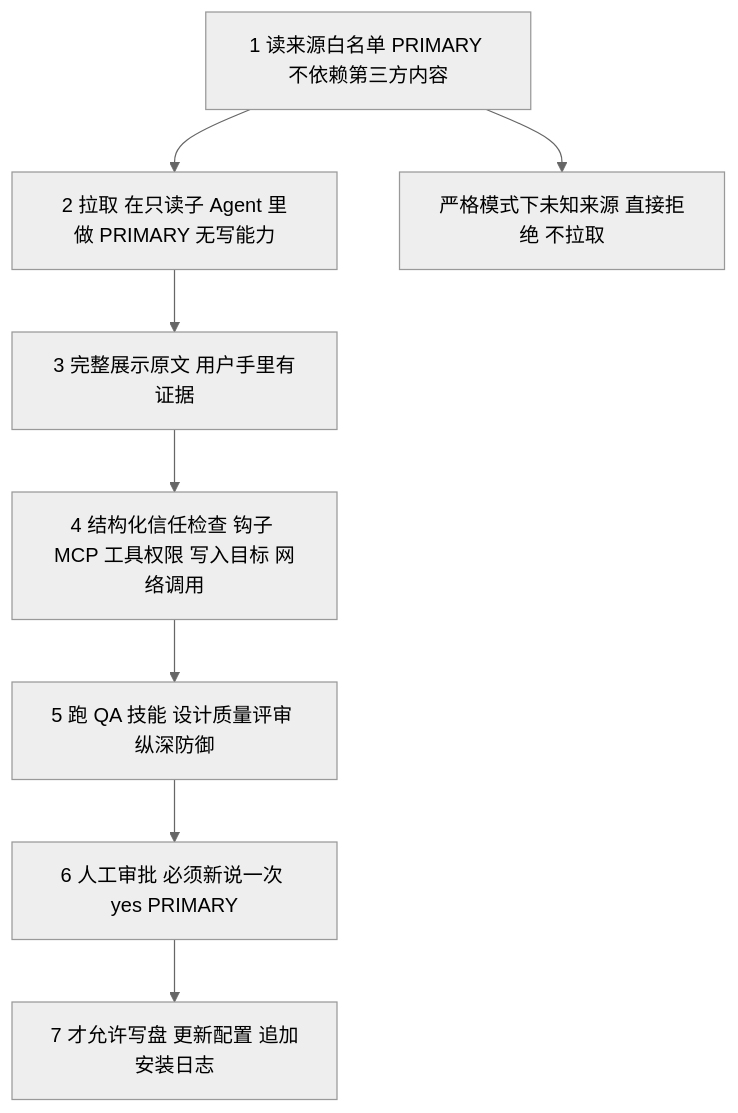
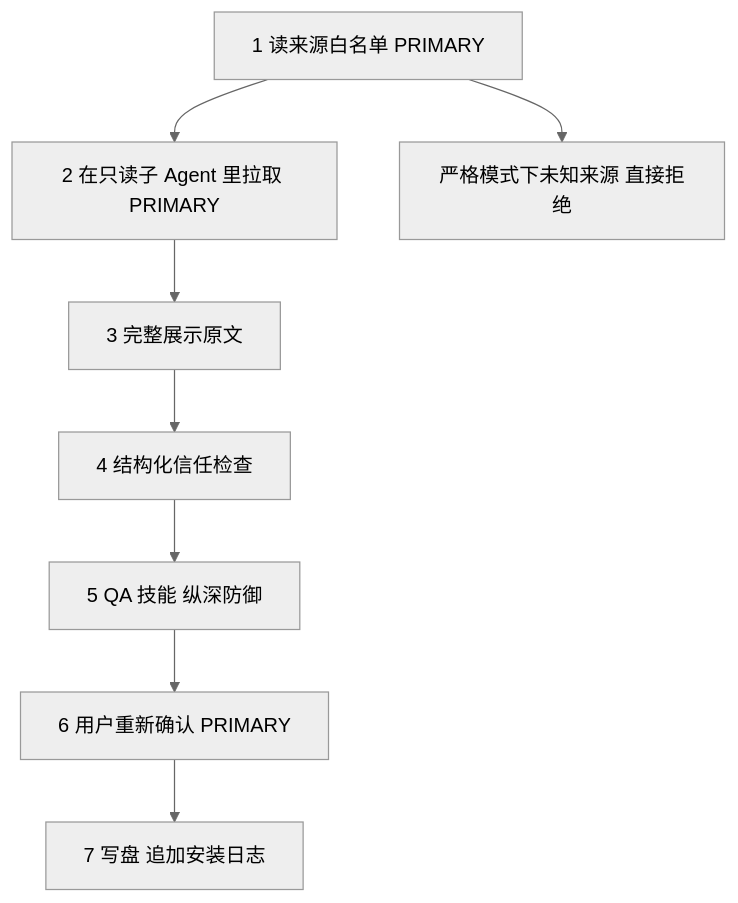
One commit to diguike/book-source-reading changed the seventh of 7 diagrams in book/08-claude-for-legal.md. Above: the diagram before and after it, drawn with Mermaid (neutral theme). The commit also changed other lines of this file and 14 other files, not shown here.

````diff
--- a/book/08-claude-for-legal.md
+++ b/book/08-claude-for-legal.md
@@ -871,10 +825,10 @@
 ```mermaid
 flowchart TB
-    A[1 读来源白名单 PRIMARY 不依赖第三方内容] --> B[2 拉取 在只读子 Agent 里做 PRIMARY 无写能力]
-    B --> C[3 完整展示原文 用户手里有证据]
-    C --> D[4 结构化信任检查 钩子 MCP 工具权限 写入目标 网络调用]
-    D --> E[5 跑 QA 技能 设计质量评审 纵深防御]
-    E --> F[6 人工审批 必须新说一次 yes PRIMARY]
-    F --> G[7 才允许写盘 更新配置 追加安装日志]
-    A --> X[严格模式下未知来源 直接拒绝 不拉取]
+    A[1 读来源白名单 PRIMARY] --> B[2 在只读子 Agent 里拉取 PRIMARY]
+    B --> C[3 完整展示原文]
+    C --> D[4 结构化信任检查]
+    D --> E[5 QA 技能 纵深防御]
+    E --> F[6 用户重新确认 PRIMARY]
+    F --> G[7 写盘 追加安装日志]
+    A --> X[严格模式下未知来源 直接拒绝]
 ```
````
